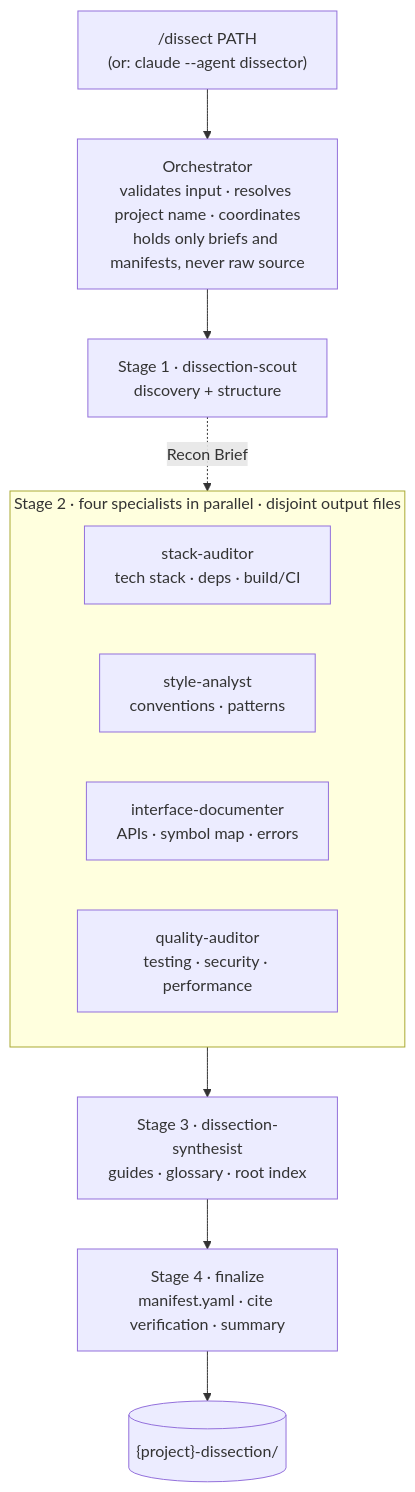
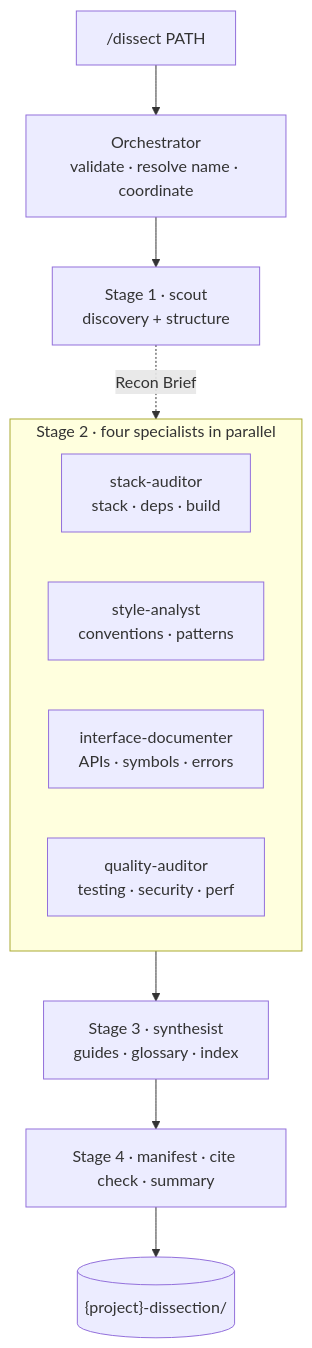
Before and after one commit to SufficientDaikon/dissector-agent: the diagram in README.md, drawn with Mermaid. The commit also changed other lines of this file, not shown here.

````diff
--- a/README.md
+++ b/README.md
@@ -37,16 +85,16 @@
 ```mermaid
 flowchart TD
-    U["/dissect PATH<br/>(or: claude --agent dissector)"] --> O["Orchestrator<br/>validates input · resolves project name · coordinates<br/>holds only briefs and manifests, never raw source"]
-    O --> S1["Stage 1 · dissection-scout<br/>discovery + structure"]
+    U["/dissect PATH"] --> O["Orchestrator<br/>validate · resolve name · coordinate"]
+    O --> S1["Stage 1 · scout<br/>discovery + structure"]
     S1 -. Recon Brief .-> G
-    subgraph G["Stage 2 · four specialists in parallel · disjoint output files"]
+    subgraph G["Stage 2 · four specialists in parallel"]
         direction LR
-        SA["stack-auditor<br/>tech stack · deps · build/CI"]
+        SA["stack-auditor<br/>stack · deps · build"]
         ST["style-analyst<br/>conventions · patterns"]
-        IN["interface-documenter<br/>APIs · symbol map · errors"]
-        QA["quality-auditor<br/>testing · security · performance"]
+        IN["interface-documenter<br/>APIs · symbols · errors"]
+        QA["quality-auditor<br/>testing · security · perf"]
     end
-    G --> S3["Stage 3 · dissection-synthesist<br/>guides · glossary · root index"]
-    S3 --> S4["Stage 4 · finalize<br/>manifest.yaml · cite verification · summary"]
+    G --> S3["Stage 3 · synthesist<br/>guides · glossary · index"]
+    S3 --> S4["Stage 4 · manifest · cite check · summary"]
     S4 --> KB[("{project}-dissection/")]
 ```
````
